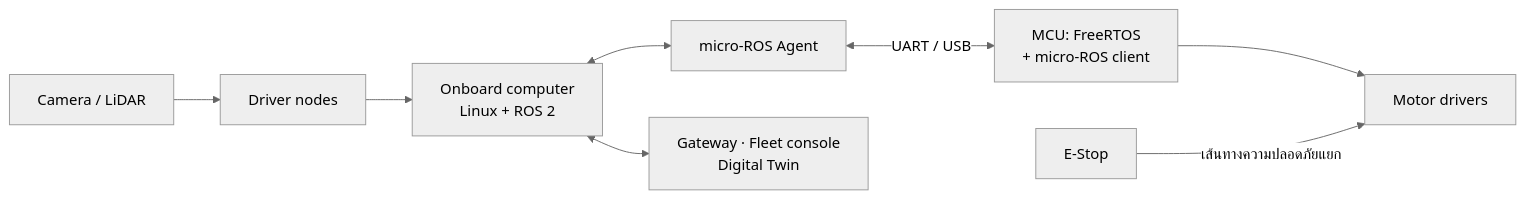
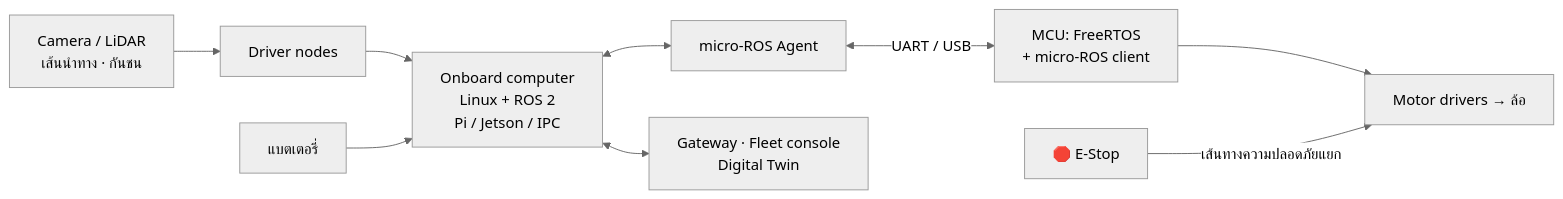
The second of 4 diagrams in nd3/01-digital-twins-ai.md (Taopoon/kmutt-nd69-learning-notes), drawn with Mermaid (neutral theme) before and after one commit. The commit also changed other lines of this file, not shown here.

````diff
--- a/nd3/01-digital-twins-ai.md
+++ b/nd3/01-digital-twins-ai.md
@@ -27,10 +77,11 @@
 ```mermaid
 flowchart LR
-    CAM[Camera / LiDAR] --> DRV[Driver nodes]
-    DRV --> PC[Onboard computer<br/>Linux + ROS 2]
+    CAM[Camera / LiDAR<br/>เส้นนำทาง · กันชน] --> DRV[Driver nodes]
+    DRV --> PC[Onboard computer<br/>Linux + ROS 2<br/>Pi / Jetson / IPC]
     PC <--> AG[micro-ROS Agent]
     AG <-->|UART / USB| MCU[MCU: FreeRTOS<br/>+ micro-ROS client]
-    MCU --> MOT[Motor drivers]
+    MCU --> MOT[Motor drivers → ล้อ]
     PC <--> EXT[Gateway · Fleet console<br/>Digital Twin]
-    ESTOP[E-Stop] -->|เส้นทางความปลอดภัยแยก| MOT
+    BAT[แบตเตอรี่] --> PC
+    ESTOP[🛑 E-Stop] -->|เส้นทางความปลอดภัยแยก| MOT
 ```
````
